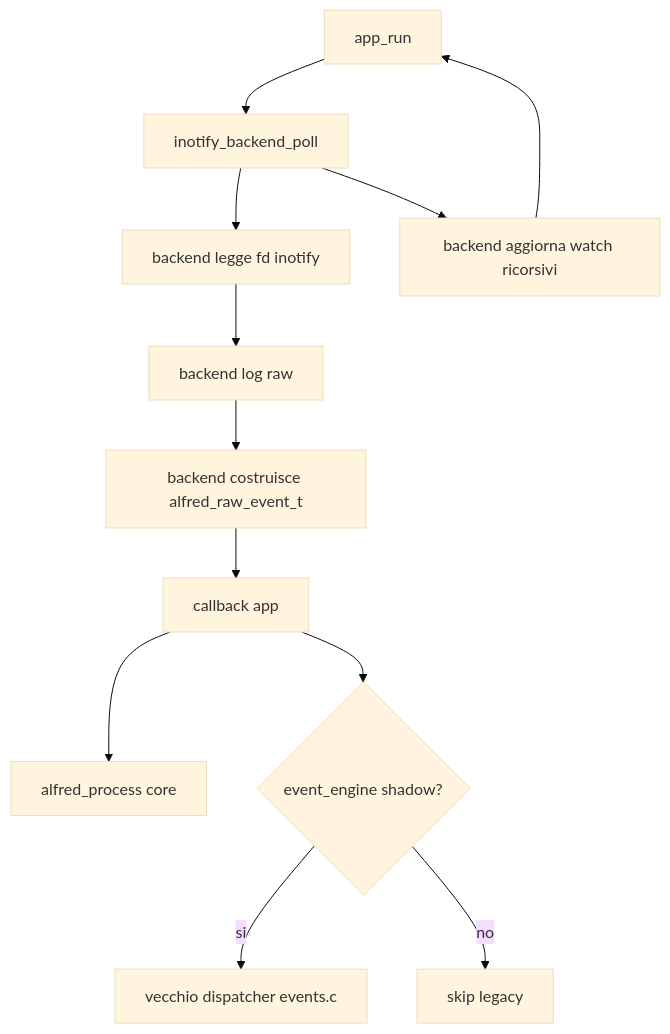
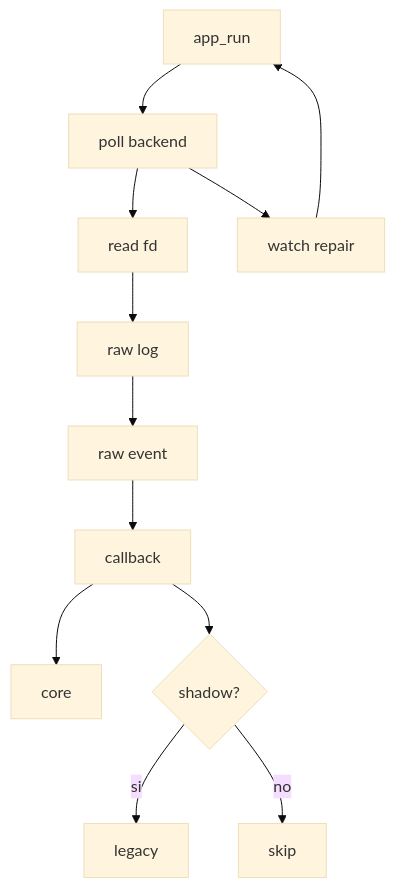
One commit to kinderp/alfred changed the second of 2 diagrams in docs/it/04-livello-applicazione.md. Above: the diagram before and after it, drawn with Mermaid (base theme). The commit also changed other lines of this file, not shown here.

Commit message:
Improve app_run diagram readability
Shorten the Mermaid labels in the app_run diagram so the rendered nodes stay readable in the Italian application-layer documentation. The original labels were technically correct but too long for the rectangles, making the diagram hard to read.

Add a textual legend immediately below the diagram to preserve the full meaning of each shortened node. The flow remains the same: app_run calls the backend poll path, raw events return through the application callback, the core processes the official stream, shadow mode optionally dispatches the legacy path, and recursive watch repair loops back into polling.

Modified files:

docs/it/04-livello-applicazione.md

````diff
--- a/docs/it/04-livello-applicazione.md
+++ b/docs/it/04-livello-applicazione.md
@@ -136,14 +136,14 @@
 ```mermaid
 flowchart TD
-    A[app_run] --> B[inotify_backend_poll]
-    B --> C[backend legge fd inotify]
-    C --> D[backend log raw]
-    D --> E[backend costruisce alfred_raw_event_t]
-    E --> F[callback app]
-    F --> G[alfred_process core]
-    F --> H{event_engine shadow?}
-    H -->|si| I[vecchio dispatcher events.c]
-    H -->|no| J[skip legacy]
-    B --> K[backend aggiorna watch ricorsivi]
+    A[app_run] --> B[poll backend]
+    B --> C[read fd]
+    C --> D[raw log]
+    D --> E[raw event]
+    E --> F[callback]
+    F --> G[core]
+    F --> H{shadow?}
+    H -->|si| I[legacy]
+    H -->|no| J[skip]
+    B --> K[watch repair]
     K --> A
 ```
````
